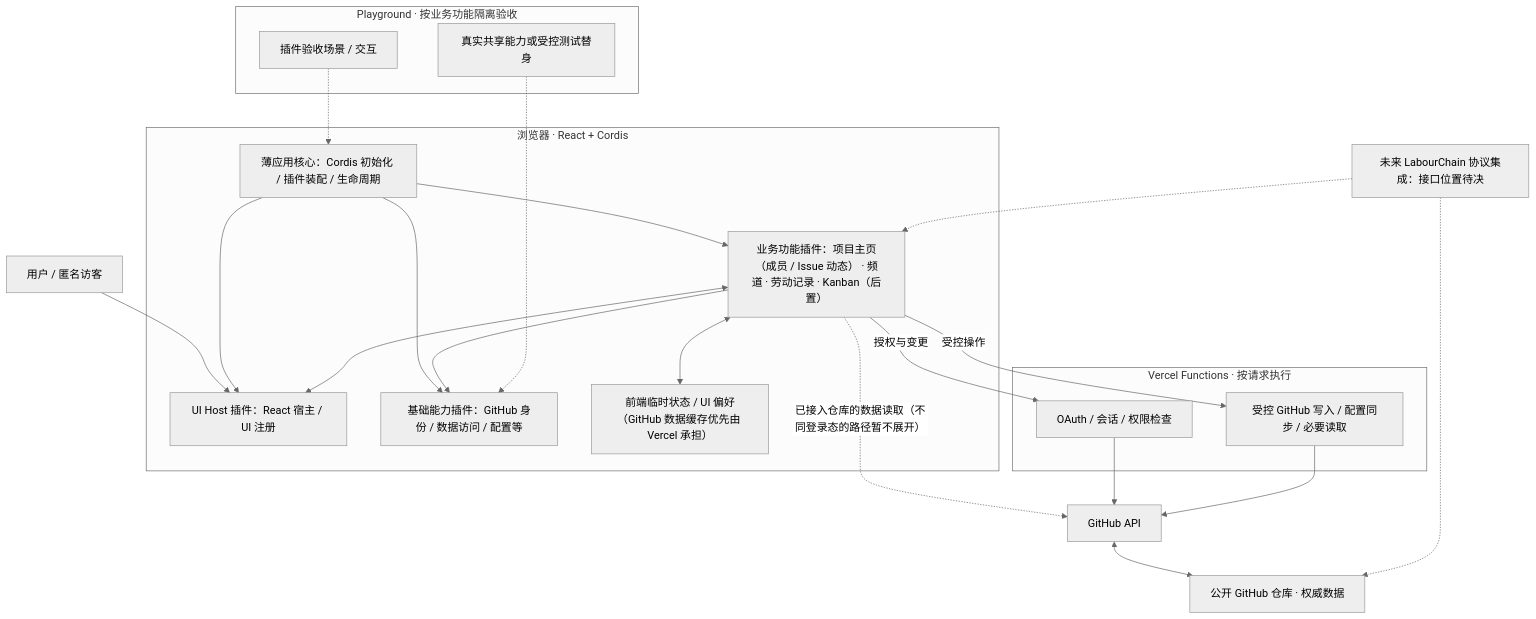
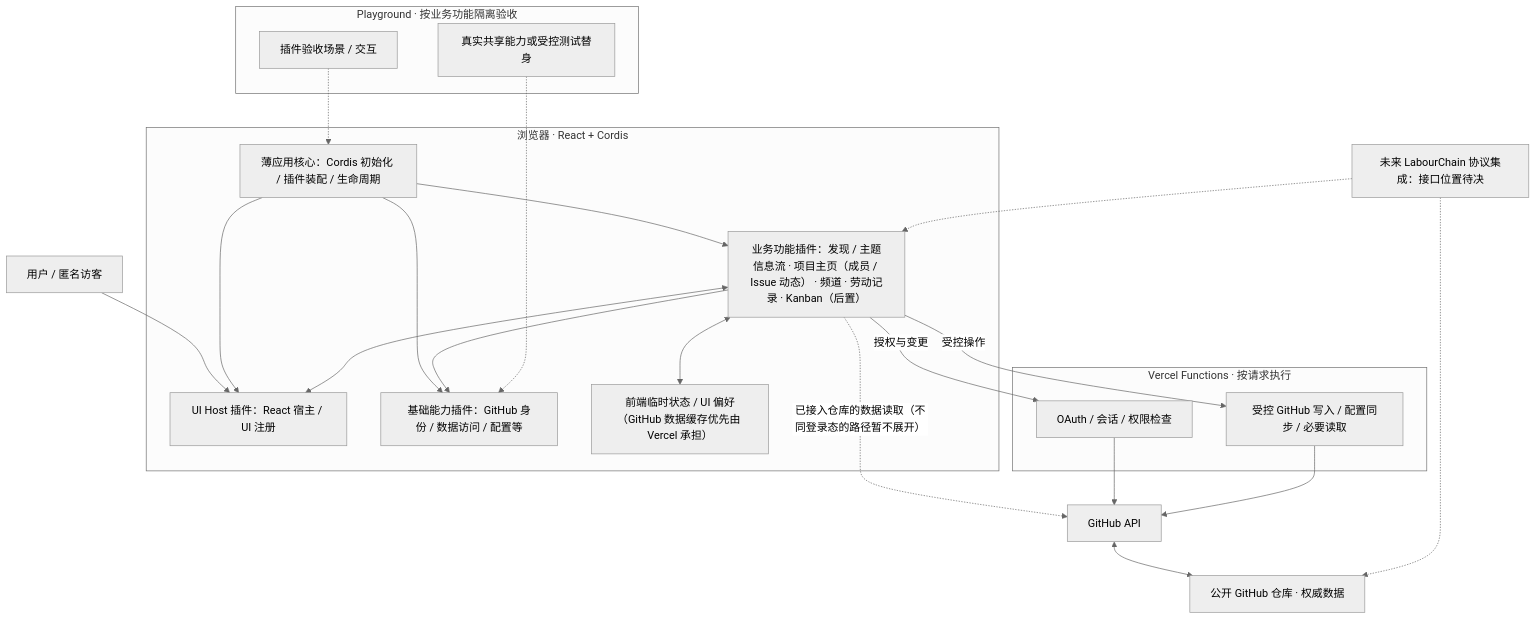
The diagram in docs/architecture.md (Ri0n72Y/hackathon-platform), drawn with Mermaid (neutral theme) before and after one commit.

Commit message:
docs: keep discovery in feature architecture map

````diff
--- a/docs/architecture.md
+++ b/docs/architecture.md
@@ -38,35 +38,35 @@
 ```mermaid
 flowchart TB
   User["用户 / 匿名访客"] --> UI
   subgraph Browser["浏览器 · React + Cordis"]
     Core["薄应用核心：Cordis 初始化 / 插件装配 / 生命周期"]
     UI["UI Host 插件：React 宿主 / UI 注册"]
     Shared["基础能力插件：GitHub 身份 / 数据访问 / 配置等"]
-    Features["业务功能插件：项目主页（成员 / Issue 动态） · 频道 · 劳动记录 · Kanban（后置）"]
+    Features["业务功能插件：发现 / 主题信息流 · 项目主页（成员 / Issue 动态） · 频道 · 劳动记录 · Kanban（后置）"]
     State["前端临时状态 / UI 偏好（GitHub 数据缓存优先由 Vercel 承担）"]
     Core --> UI
     Core --> Shared
     Core --> Features
     Features <--> UI
     Features --> Shared
     Features <--> State
   end
   subgraph PG["Playground · 按业务功能隔离验收"]
     Cases["插件验收场景 / 交互"]
     Supports["真实共享能力或受控测试替身"]
   end
   Cases -.-> Core
   Supports -.-> Shared
   subgraph Server["Vercel Functions · 按请求执行"]
     Auth["OAuth / 会话 / 权限检查"]
     Ops["受控 GitHub 写入 / 配置同步 / 必要读取"]
   end
   Features -.->|"已接入仓库的数据读取（不同登录态的路径暂不展开）"| GH["GitHub API"]
   Features -->|"授权与变更"| Auth
   Features -->|"受控操作"| Ops
   Auth --> GH
   Ops --> GH
   GH <--> Repos["公开 GitHub 仓库 · 权威数据"]
   Future["未来 LabourChain 协议集成：接口位置待决"] -.-> Features
   Future -.-> Repos
 ```
````
